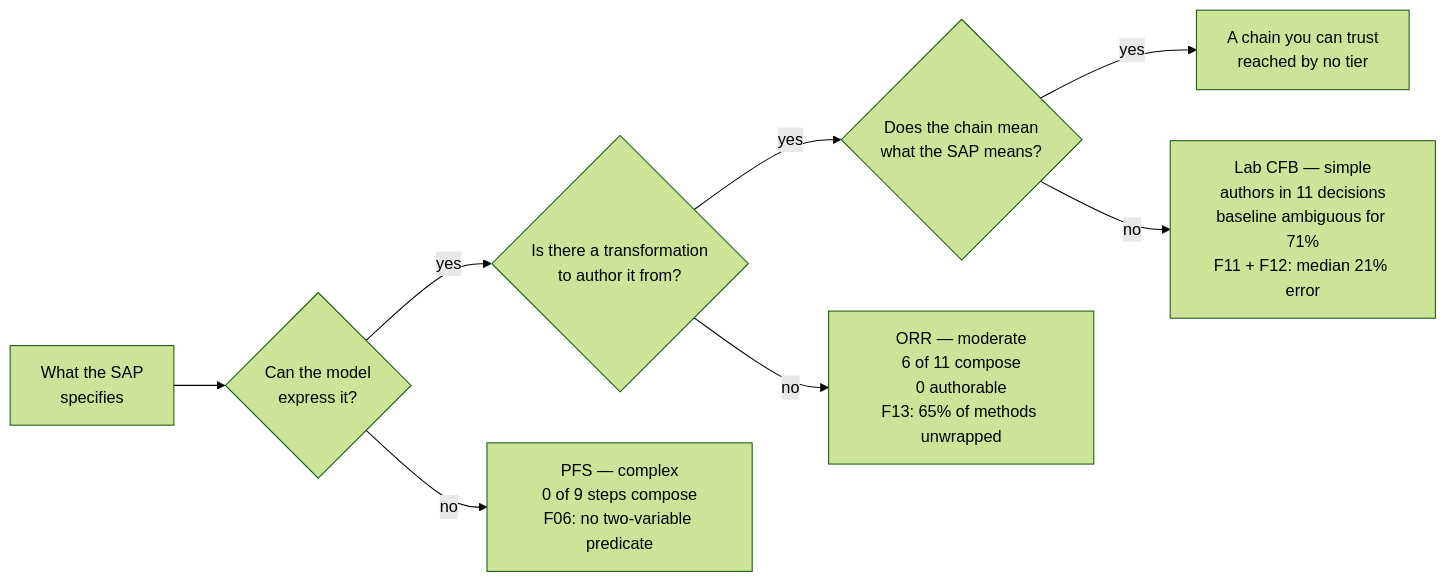
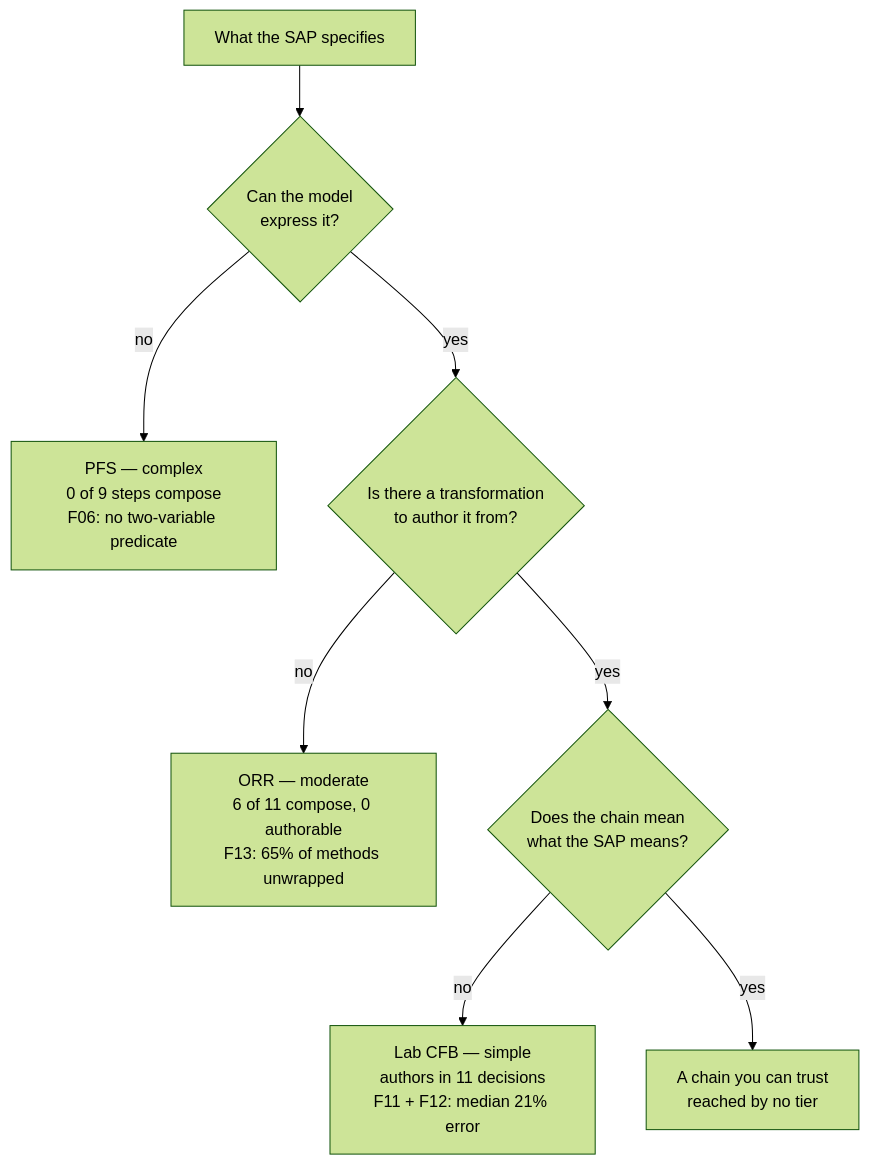
Before and after one commit to Lovemore-Gakava/usdm-acdc-in-practice: the diagram in README.md, drawn with Mermaid (forest theme). The commit also changed other lines of this file, not shown here.

Commit message:
Revert the diagram to top-down: LR is illegible at GitHub's column width
Checked the rendered README on GitHub and measured rather than eyeballed. The
README column is a fixed 839px, and GitHub scales a mermaid diagram to fit it:

  LR, full labels     1404 x 555   scale 0.60   ~8.4px font
  LR, shorter labels  1237 x 443   scale 0.68   ~9.5px font
  LR, one-word gates  1112 x 389   scale 0.75   ~10.6px font
  TD, full labels      850 x 1137  scale 0.99   ~13.8px font

A four-gate chain laid out left to right cannot get legible in 839px. Top-down
is 0.99 scale - effectively unscaled - and readable.

I optimised against the wrong constraint. The local test page is full browser
width, so LR looked better there and the switch to LR in ae757e5 made it worse
where it actually gets read. The check that mattered was the one against
GitHub's own layout, not against a renderer given unlimited width.

The cost is height: ~1122px rendered, about 1.4 screens. Accepted - the
diagram's job is to be read, and GitHub offers pan and zoom on top.

Prose corrected from "Read left to right" to "Top to bottom". Labels keep the
tightening done for LR, which is a genuine improvement either way.

````diff
--- a/README.md
+++ b/README.md
@@ -160,11 +160,13 @@
 ```mermaid
-flowchart LR
-    SAP["What the SAP<br/>specifies"] --> G1{"Can the model<br/>express it?"}
-    G1 -->|yes| G2{"Is there a transformation<br/>to author it from?"}
-    G2 -->|yes| G3{"Does the chain mean<br/>what the SAP means?"}
-    G3 -->|yes| OK["A chain you can trust<br/>reached by no tier"]
+flowchart TD
+    SAP["What the SAP specifies"] --> G1{"Can the model<br/>express it?"}
 
     G1 -->|no| PFS["PFS &mdash; complex<br/>0 of 9 steps compose<br/>F06: no two-variable predicate"]
-    G2 -->|no| ORR["ORR &mdash; moderate<br/>6 of 11 compose<br/>0 authorable<br/>F13: 65% of methods unwrapped"]
-    G3 -->|no| LAB["Lab CFB &mdash; simple<br/>authors in 11 decisions<br/>baseline ambiguous for 71%<br/>F11 + F12: median 21% error"]
+    G1 -->|yes| G2{"Is there a transformation<br/>to author it from?"}
+
+    G2 -->|no| ORR["ORR &mdash; moderate<br/>6 of 11 compose, 0 authorable<br/>F13: 65% of methods unwrapped"]
+    G2 -->|yes| G3{"Does the chain mean<br/>what the SAP means?"}
+
+    G3 -->|no| LAB["Lab CFB &mdash; simple<br/>authors in 11 decisions<br/>F11 + F12: median 21% error"]
+    G3 -->|yes| OK["A chain you can trust<br/>reached by no tier"]
 ```
````
